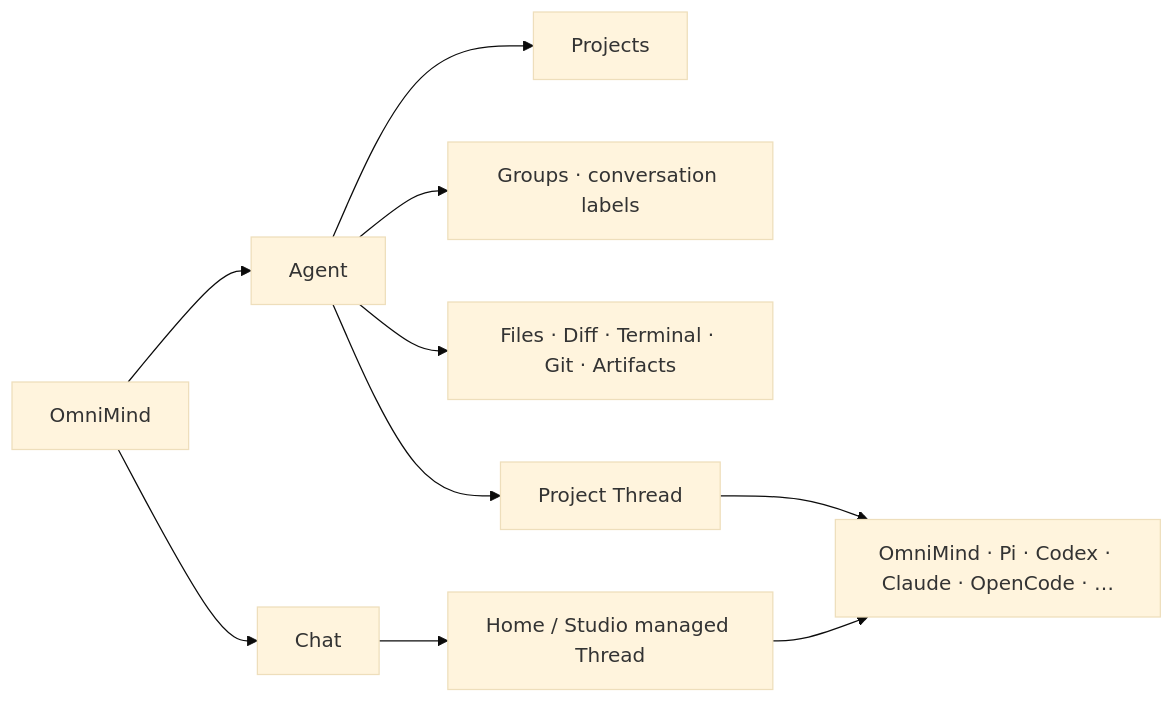
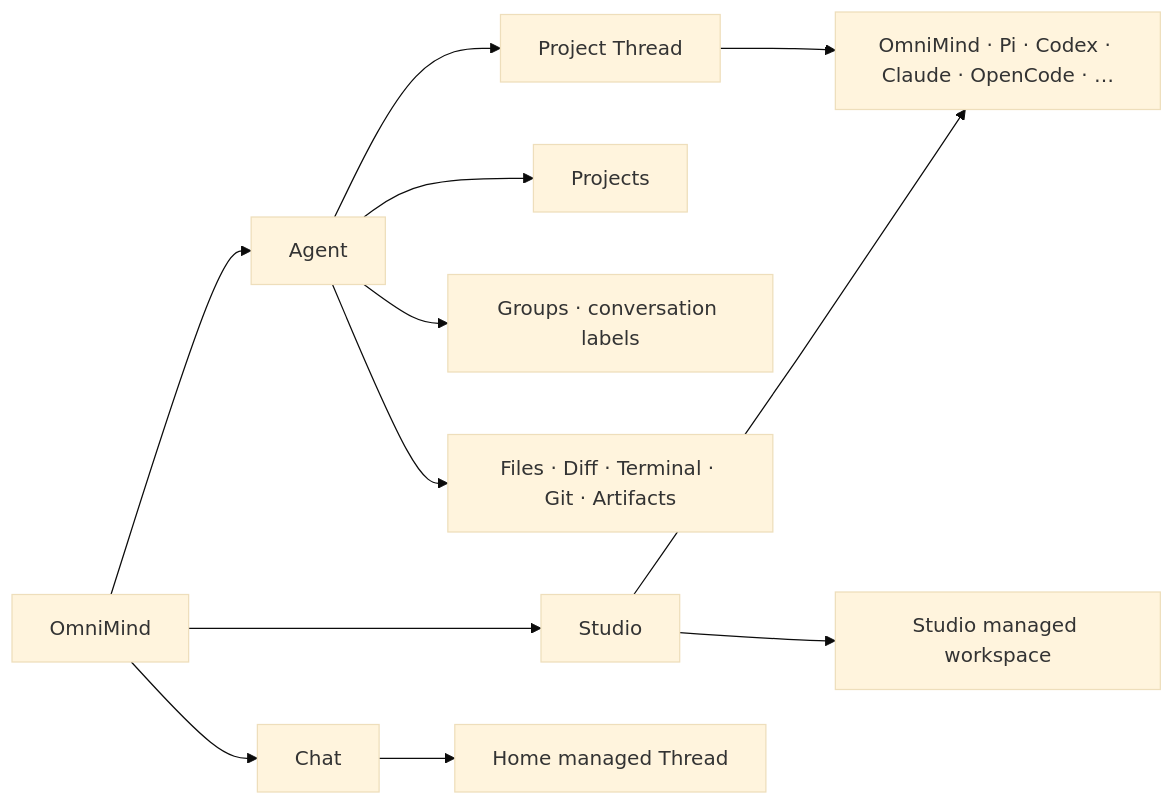
The diagram in architecture/workbench.md (piai-lab/Haros), drawn with Mermaid (base theme) before and after one commit. The commit also changed other lines of this file and 9 other files, not shown here.

````diff
--- a/architecture/workbench.md
+++ b/architecture/workbench.md
@@ -22,12 +22,14 @@
 ```mermaid
 flowchart LR
     Root["OmniMind"] --> Agent["Agent"]
     Root --> Chat["Chat"]
+    Root --> Studio["Studio"]
     Agent --> Projects["Projects"]
     Agent --> Groups["Groups · conversation labels"]
     Agent --> Workbench["Files · Diff · Terminal · Git · Artifacts"]
     Agent --> Thread["Project Thread"]
-    Chat --> Studio["Home / Studio managed Thread"]
+    Chat --> ChatHome["Home managed Thread"]
+    Studio --> StudioHome["Studio managed workspace"]
     Thread --> Providers["OmniMind · Pi · Codex · Claude · OpenCode · …"]
     Studio --> Providers
 ```
````
